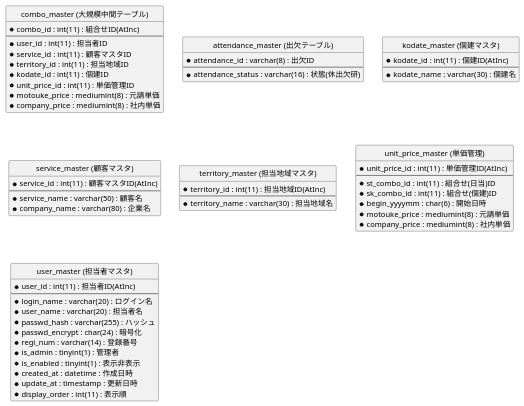
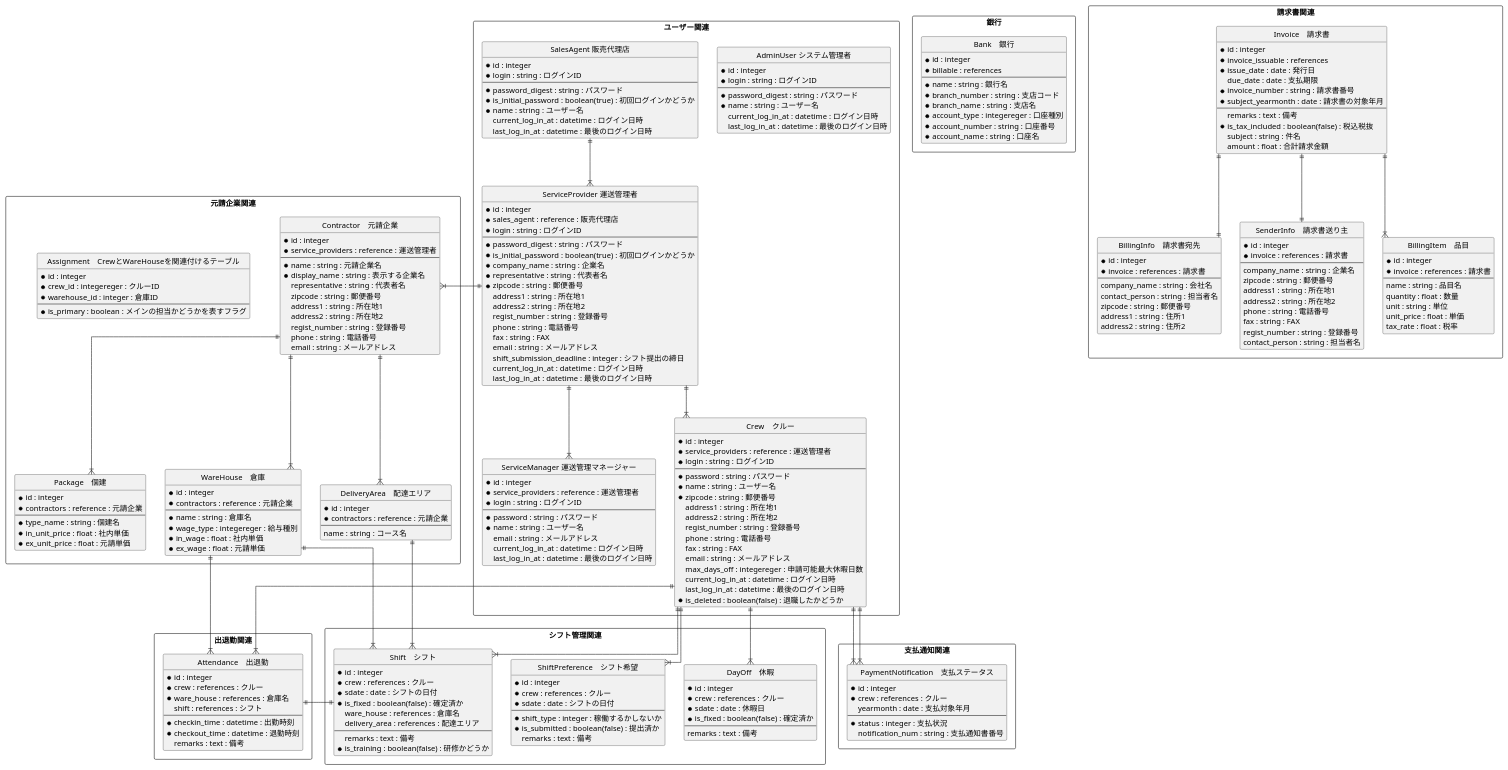
Before and after one commit to IsseiClockWise/NeoMaterials: the diagram in DB/neoDB.pu, drawn with PlantUML. The commit also changed 5 other files, not shown here.

Commit message:
ER図作成

```diff
--- a/DB/neoDB.pu
+++ b/DB/neoDB.pu
@@ -1,241 +1,277 @@
 @startuml DB_List
-    hide circle
-    skinparam linetype ortho
+  hide circle
+  skinparam linetype ortho
 
-    entity "combo_master (大規模中間テーブル)" as combo_master {
-        * combo_id : int(11) : 組合せID(AtInc)
-        --
-        * user_id : int(11) : 担当者ID
-        * service_id : int(11) : 顧客マスタID
-        * territory_id : int(11) : 担当地域ID
-        * kodate_id : int(11) : 個建ID
-        * unit_price_id : int(11) : 単価管理ID
-        * motouke_price : mediumint(8) : 元請単価
-        * company_price : mediumint(8) : 社内単価
+  package ユーザー関連 <<rectangle>> {
+    entity "AdminUser システム管理者" as admin_users {
+      * id : integer
+      * login : string : ログインID
+      --
+      * password_digest : string : パスワード
+      * name : string : ユーザー名
+      current_log_in_at : datetime : ログイン日時
+      last_log_in_at : datetime : 最後のログイン日時
     }
 
-    entity "attendance_master (出欠テーブル)" as attendance_master {
-        * attendance_id : varchar(8) : 出欠ID
-        --
-        * attendance_status : varchar(16) : 状態(休出欠研)
+    entity "SalesAgent 販売代理店" as sales_agents {
+      * id : integer
+      * login : string : ログインID
+      --
+      * password_digest : string : パスワード
+      * is_initial_password : boolean(true) : 初回ログインかどうか
+      * name : string : ユーザー名
+      current_log_in_at : datetime : ログイン日時
+      last_log_in_at : datetime : 最後のログイン日時
     }
 
-    entity "kodate_master (個建マスタ)" as kodate_master {
-        * kodate_id : int(11) : 個建ID(AtInc)
-        --
-        * kodate_name : varchar(30) : 個建名
+    entity "ServiceProvider 運送管理者" as service_providers {
+      * id : integer
+      * sales_agent : reference : 販売代理店
+      * login : string : ログインID
+      --
+      * password_digest : string : パスワード
+      * is_initial_password : boolean(true) : 初回ログインかどうか
+      * company_name : string : 企業名
+      * representative : string : 代表者名
+      * zipcode : string : 郵便番号
+      address1 : string : 所在地1
+      address2 : string : 所在地2
+      regist_number : string : 登録番号
+      phone : string : 電話番号
+      fax : string : FAX
+      email : string : メールアドレス
+      shift_submission_deadline : integer : シフト提出の締日
+      current_log_in_at : datetime : ログイン日時
+      last_log_in_at : datetime : 最後のログイン日時
     }
 
-    entity "service_master (顧客マスタ)" as service_master {
-        * service_id : int(11) : 顧客マスタID(AtInc)
-        --
-        * service_name : varchar(50) : 顧客名
-        * company_name : varchar(80) : 企業名
+    entity "ServiceManager 運送管理マネージャー" as service_managers {
+      * id : integer
+      * service_providers : reference : 運送管理者
+      * login : string : ログインID
+      --
+      * password : string : パスワード
+      * name : string : ユーザー名
+      email : string : メールアドレス
+      current_log_in_at : datetime : ログイン日時
+      last_log_in_at : datetime : 最後のログイン日時
     }
 
-    entity "territory_master (担当地域マスタ)" as territory_master {
-        * territory_id : int(11) : 担当地域ID(AtInc)
-        --
-        * territory_name : varchar(30) : 担当地域名
+    entity "Crew　クルー" as crews {
+      * id : integer
+      * service_providers : reference : 運送管理者
+      * login : string : ログインID
+      --
+      * password : string : パスワード
+      * name : string : ユーザー名
+      * zipcode : string : 郵便番号
+      address1 : string : 所在地1
+      address2 : string : 所在地2
+      regist_number : string : 登録番号
+      phone : string : 電話番号
+      fax : string : FAX
+      email : string : メールアドレス
+      max_days_off : integereger : 申請可能最大休暇日数
+      current_log_in_at : datetime : ログイン日時
+      last_log_in_at : datetime : 最後のログイン日時
+      * is_deleted : boolean(false) : 退職したかどうか
+    }
+  }
+
+  package 銀行 <<rectangle>> {
+    entity "Bank　銀行" as banks {
+      * id : integer
+      * billable : references
+      --
+      * name : string : 銀行名
+      * branch_number : string : 支店コード
+      * branch_name : string : 支店名
+      * account_type : integereger : 口座種別
+      * account_number : string : 口座番号
+      * account_name : string : 口座名
+    }
+  }
+
+  package 元請企業関連 <<rectangle>> {
+    entity "Contractor　元請企業" as contractors {
+      * id : integer
+      * service_providers : reference : 運送管理者
+      --
+      * name : string : 元請企業名
+      * display_name : string : 表示する企業名
+      representative : string : 代表者名
+      zipcode : string : 郵便番号
+      address1 : string : 所在地1
+      address2 : string : 所在地2
+      regist_number : string : 登録番号
+      phone : string : 電話番号
+      email : string : メールアドレス
     }
 
-    entity "unit_price_master (単価管理)" as unit_price_master {
-        * unit_price_id : int(11) : 単価管理ID(AtInc)
-        --
-        * st_combo_id : int(11) : 組合せ(日当)ID
-        * sk_combo_id : int(11) : 組合せ(個建)ID
-        * begin_yyyymm : char(6) : 開始日時
-        * motouke_price : mediumint(8) : 元請単価
-        * company_price : mediumint(8) : 社内単価
+    entity "WareHouse　倉庫" as ware_houses {
+      * id : integer
+      * contractors : reference : 元請企業
+      --
+      * name : string : 倉庫名
+      * wage_type : integereger : 給与種別
+      * in_wage : float : 社内単価
+      * ex_wage : float : 元請単価
     }
 
-    entity "user_master (担当者マスタ)" as user_master {
-        * user_id : int(11) : 担当者ID(AtInc)
-        --
-        * login_name : varchar(20) : ログイン名
-        * user_name : varchar(20) : 担当者名
-        * passwd_hash : varchar(255) : ハッシュ
-        * passwd_encrypt : char(24) : 暗号化
-        * regi_num : varchar(14) : 登録番号
-        * is_admin : tinyint(1) : 管理者
-        * is_enabled : tinyint(1) : 表示非表示
-        * created_at : datetime : 作成日時
-        * update_at : timestamp : 更新日時
-        * display_order : int(11) : 表示順
+    entity "Package　個建" as packages {
+      * id : integer
+      * contractors : reference : 元請企業
+      --
+      * type_name : string : 個建名
+      * in_unit_price : float : 社内単価
+      * ex_unit_price : float : 元請単価
     }
 
+    entity "Assignment　CrewとWareHouseを関連付けるテーブル" as assignments {
+      * id : integer
+      * crew_id : integereger : クルーID
+      * warehouse_id : integer : 倉庫ID
+      --
+      * is_primary : boolean : メインの担当かどうかを表すフラグ
+    }
+
+    entity "DeliveryArea　配達エリア" as delivery_areas {
+      * id : integer
+      * contractors : reference : 元請企業
+      --
+      name : string : コース名
+    }
+  }
+
+  package 請求書関連 <<rectangle>> {
+    entity "Invoice　請求書" as invoices {
+      * id : integer
+      * invoice_issuable : references
+      * issue_date : date : 発行日
+      due_date : date : 支払期限
+      * invoice_number : string : 請求書番号
+      * subject_yearmonth : date : 請求書の対象年月
+      --
+      remarks : text : 備考
+      * is_tax_included : boolean(false) : 税込税抜
+      subject : string : 件名
+      amount : float : 合計請求金額
+    }
+
+    entity "BillingInfo　請求書宛先" as billing_infos {
+      * id : integer
+      * invoice : references : 請求書
+      --
+      company_name : string : 会社名
+      contact_person : string : 担当者名
+      zipcode : string : 郵便番号
+      address1 : string : 住所1
+      address2 : string : 住所2
+    }
+
+    entity "SenderInfo　請求書送り主" as sender_infos {
+      * id : integer
+      * invoice : references : 請求書
+      --
+      company_name : string : 企業名
+      zipcode : string : 郵便番号
+      address1 : string : 所在地1
+      address2 : string : 所在地2
+      phone : string : 電話番号
+      fax : string : FAX
+      regist_number : string : 登録番号
+      contact_person : string : 担当者名
+    }
+
+    entity "BillingItem　品目" as billing_items {
+      * id : integer
+      * invoice : references : 請求書
+      --
+      name : string : 品目名
+      quantity : float : 数量
+      unit : string : 単位
+      unit_price : float : 単価
+      tax_rate : float : 税率
+    }
+  }
+
+  package 支払通知関連 <<rectangle>> {
+    entity "PaymentNotification　支払ステータス" as payment_notifications {
+      * id : integer
+      * crew : references : クルー
+      yearmonth : date : 支払対象年月
+      --
+      * status : integer : 支払状況
+      notification_num : string : 支払通知書番号
+    }
+  }
+
+  package シフト管理関連 <<rectangle>> {
+    entity "ShiftPreference　シフト希望" as shift_preferences {
+      * id : integer
+      * crew : references : クルー
+      * sdate : date : シフトの日付
+      --
+      * shift_type : integer : 稼働するかしないか
+      * is_submitted : boolean(false) : 提出済か
+      remarks : text : 備考
+    }
+
+    entity "Shift　シフト" as shifts {
+      * id : integer
+      * crew : references : クルー
+      * sdate : date : シフトの日付
+      * is_fixed : boolean(false) : 確定済か
+      ware_house : references : 倉庫名
+      delivery_area : references : 配達エリア
+      --
+      remarks : text : 備考
+      * is_training : boolean(false) : 研修かどうか
+    }
+
+    entity "DayOff　休暇" as day_offs {
+      * id : integer
+      * crew : references : クルー
+      * sdate : date : 休暇日
+      * is_fixed : boolean(false) : 確定済か
+      --
+      remarks : text : 備考
+    }
+  }
+
+  package 出退勤関連 <<rectangle>> {
+    entity "Attendance　出退勤" as attendances {
+      * id : integer
+      * crew : references : クルー
+      * ware_house : references : 倉庫名
+      shift : references : シフト
+      --
+      * checkin_time : datetime : 出勤時刻
+      * checkout_time : datetime : 退勤時刻
+      remarks : text : 備考
+    }
+  }
+
+  sales_agents ||--|{ service_providers
+  service_providers ||--|{ service_managers
+  service_providers ||--|{ crews
+  service_providers ||-l-|{ contractors
+  contractors ||--|{ ware_houses
+  contractors ||--|{ packages
+  contractors ||--|{ delivery_areas
+  invoices ||--|| billing_infos
+  invoices ||--|| sender_infos
+  invoices ||--|{ billing_items
+  crews ||--|{ payment_notifications
+  crews ||--|{ shift_preferences
+  crews ||--|{ shifts
+  ware_houses ||--|{ shifts
+  delivery_areas ||--|{ shifts
+  crews ||--|{ day_offs
+  crews ||--|{ payment_notifications
+  crews ||--|{ attendances
+  ware_houses ||-l-|{ attendances
+  shifts ||--|| attendances
 
 
-    ' entity "expenses_data (経費)" as expenses_data {
-    '     * expenses_id : int(11) : 経費ID(AtInc)
-    '     --
-    '     * is_fixed : tinyint(1) : 処理Flg
-    '     * is_deleted : tinyint(1) : 削除 Flg
-    '     * target_name : varchar(20) : 該当者
-    '     * target_yyyymm : char(6) : 該当年月
-    '     * expenses_name : varchar(32) : 経費名
-    '     * unit_price : mediumint(8) : 単価
-    '     * update_at : timestamp : 更新日時
-    ' }
-
-    ' entity "invoice_data (元請請求書追加項目)" as invoice_data {
-    '     * invoice_id : int(11) : 請求書ID(AtInc)
-    '     --
-    '     * is_deleted : tinyint(1) : 削除 Flg
-    '     * select_service : char(3) : 元請企業ID
-    '     * datePicker1 : char(7) : 該当年月
-    '     * charge_name : char(20) : 担当者名
-    '     * deadline : char(10) : 締切日
-    '     * invoice_day : char(10) : 請求日
-    '     * reference_column : text : 備考欄
-    ' }
-
-    ' entity "motouke_expenses_data (元請請求経費)" as motouke_expenses_data {
-    '     * expenses_id : int(11) : 元請請求経費ID(AtInc)
-    '     --
-    '     * is_fixed : tinyint(1) : 処理Flg
-    '     * is_deleted : tinyint(1) : 削除 Flg
-    '     * target_company : varchar(80) : 該当企業
-    '     * target_yyyymm : char(6) : 該当年月
-    '     * expenses_name : varchar(32) : 経費名
-    '     * unit_price : mediumint(8) : 単価
-    '     * update_at : timestamp : 更新日時
-    ' }
-
-    ' entity "motouke_payment_add_data (元請請求追加明細)" as motouke_payment_add_data {
-    '     * payment_add_id : int(11) : 元請請求追加明細ID(AtInc)
-    '     --
-    '     * is_fixed : tinyint(1) : 処理Flg
-    '     * is_deleted : tinyint(1) : 削除 Flg
-    '     * target_name : varchar(80) : 該当企業
-    '     * target_yyyymm : char(6) : 該当年月
-    '     * payment_add_name : varchar(32) : 追加品目
-    '     * unit_add_price : mediumint(8) : 単価
-    '     * update_at : timestamp : 更新日時
-    ' }
-
-    ' entity "operation_history (操作履歴)" as operation_history {
-    '     * history_id : int(11) : 操作履歴ID(AtInc)
-    '     --
-    '     * from_name : varchar(20) : ログイン名
-    '     * target_name : varchar(20) : 処理者
-    '     * target_yyyymm : char(6) : 処理対象年月
-    '     * operation_detail : varchar(10) : 処理詳細
-    '     * update_at : timestamp : 更新日時
-    ' }
-
-    ' entity "payment_add_data (追加明細)" as payment_add_data {
-    '     * payment_add_id : int(11) : 追加明細ID(AtInc)
-    '     --
-    '     * is_fixed : tinyint(1) : 処理Flg
-    '     * is_deleted : tinyint(1) : 削除 Flg
-    '     * target_name : varchar(20) : 該当者
-    '     * target_yyyymm : char(6) : 該当年月
-    '     * payment_add_name : varchar(32) : 追加品目
-    '     * unit_add_price : mediumint(8) : 単価
-    '     * update_at : timestamp : 更新日時
-    ' }
-
-    ' entity "payment_data (支払明細)" as payment_data {
-    '     * payment_id : int(11) : 支払明細ID(AtInc)
-    '     --
-    '     * is_fixed : tinyint(1) : 処理Flg
-    '     * is_deleted : tinyint(1) : 削除 Flg
-    '     * target_name : varchar(20) : 該当者
-    '     * target_yyyymm : char(6) : 該当年月
-    '     * item : varchar(32) : 品目
-    '     * quantity : smallint(5) : 数量
-    '     * unit : varchar(5) : 単位
-    '     * unit_price : mediumint(8) : 単価
-    '     * update_at : timestamp : 更新日時
-    ' }
-
-    ' entity "payment_detail (支払詳細)" as payment_detail {
-    '     * target_id : int(11) : 支払詳細ID(AtInc)
-    '     --
-    '     * target_yyyymm : char(6) : 該当年月
-    '     * login_name : varchar(20) : 担当者名
-    '     * assign_id : int(11) : 手配ID
-    '     * kodate_combo_id : int(11) : 個建組合せID
-    '     * quantity : smallint(5) : 数量
-    '     * update_at : timestamp : 更新日時
-    ' }
-
-    ' entity "payment_invoice (支払通知書追加項目)" as payment_invoice {
-    '     * invoice_id : int(11) : 請求書ID(AtInc)
-    '     --
-    '     * is_deleted : tinyint(1) : 削除 Flg
-    '     * target_name : varchar(20) : 該当名
-    '     * target_yyyymm : char(6) : 該当年月
-    '     * payment_day : char(10) : 支払日
-    '     * reference_column : text : 備考欄
-    ' }
-
-    ' entity "ser_kodate_combo (顧客(個建)組合せ)" as ser_kodate_combo {
-    '     * kodate_combo_id : int(11) : 顧客(個建)組合せID(AtInc)
-    '     --
-    '     * service_id : int(11) : 顧客ID
-    '     * territory_id : int(11) : 配属先ID
-    '     * kodate_id : int(11) : 個建ID
-    '     * display_order : tinyint(3) : 表示順
-    '     * is_enabled : tinyint(1) : 表示非表示
-    ' }
-
-    ' entity "ser_ter_combo (顧客組合せ)" as ser_ter_combo {
-    '     * combo_id : int(11) : 顧客組合せID(AtInc)
-    '     --
-    '     * service_id : int(11) : 顧客ID
-    '     * territory_id : int(11) : 配属先ID
-    '     * display_order : tinyint(3) : 表示順∂
-    '     * is_enabled : tinyint(1) : 表示非表示
-    ' }
-
-    ' entity "shared_links (共有リンク)" as shared_links {
-    '     * id : int(11) : 共有リンクID(AtInc)
-    '     --
-    '     * redirect_path : varchar(256) : リダイレクトパス
-    '     * token : varchar(256) : トークン
-    ' }
-
-    ' entity "user_assign (配属先)" as user_assign {
-    '     * assign_id : int(11) : 配属先ID(AtInc)
-    '     --
-    '     * login_name : varchar(20) : ログイン名
-    '     * combo_id : int(11) : 組合せID
-    '     * service_id : int(11) : 顧客ID
-    '     * territory_id : int(11) : 担当地域ID
-    '     * priority : tinyint(3) : 優先度
-    '     * is_kodate : tinyint(1) : 個建フラグ
-    '     * is_enabled : tinyint(1) : 表示非表示
-    '     * created_at : datetime : 作成日時
-    '     * update_at : timestamp : 更新日時
-    ' }
-
-    ' entity "work_schedule (勤怠)" as work_schedule {
-    '     * schedule_id : int(11) : 勤怠ID(AtInc)
-    '     --
-    '     * login_name : varchar(20) : ログイン名
-    '     * assign_id : int(11) : 手配ID
-    '     * service_id : int(11) : 顧客ID
-    '     * work_date : date : 勤務日付
-    '     * attendance_status : char(1) : 出欠
-    '     * attendance_time : time : 出勤時間
-    '     * leaving_time : time : 退勤時間
-    '     * memo : varchar(500) : メモ
-    '     * kodate_number : smallint(4) : 個建No
-    '     * is_fixed : tinyint(1) : 確定
-    '     * update_at : timestamp : 更新日時
-    ' }
-
-    ' entity "work_schedule_kodate (勤怠(個建))" as work_schedule_kodate {
-    '     * schedule_kodate_id : int(11) : 経費ID(AtInc)
-    '     --
-    '     * login_name : varchar(20) : ログイン名
-    '     * assign_id : int(11) : 手配ID
-    '     * kodate_combo_id : int(11) : 個建組合せID
-    '     * work_date : date : 勤務日付
-    '     * kodate_number : smallint(4) : 個建No
-    '     * is_fixed : tinyint(1) : 確定
-    '     * update_at : timestamp : 更新日時
-    ' }
 @enduml
```
